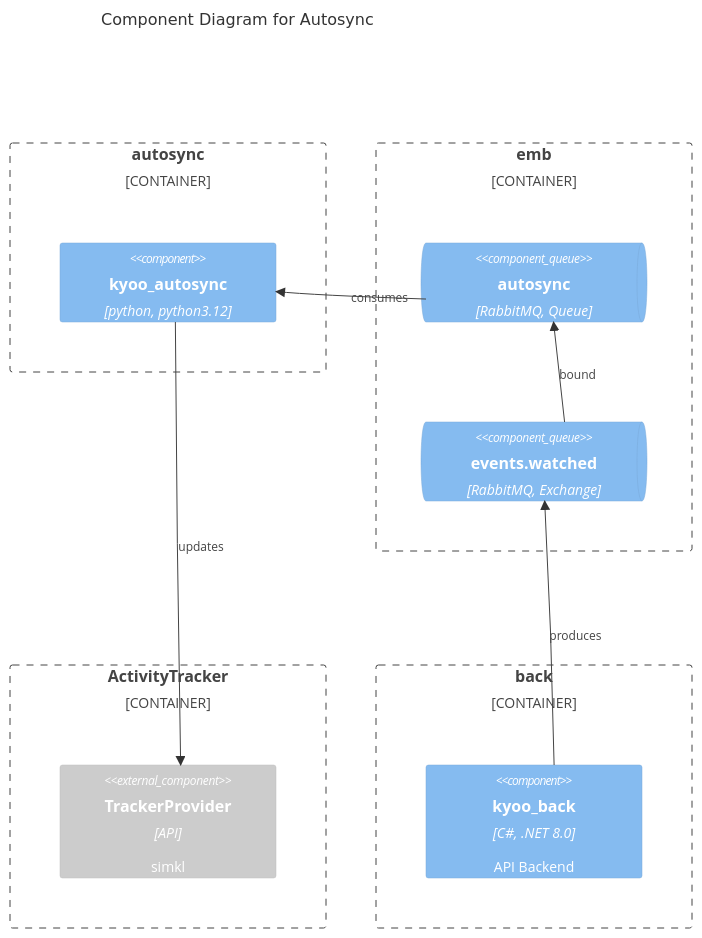
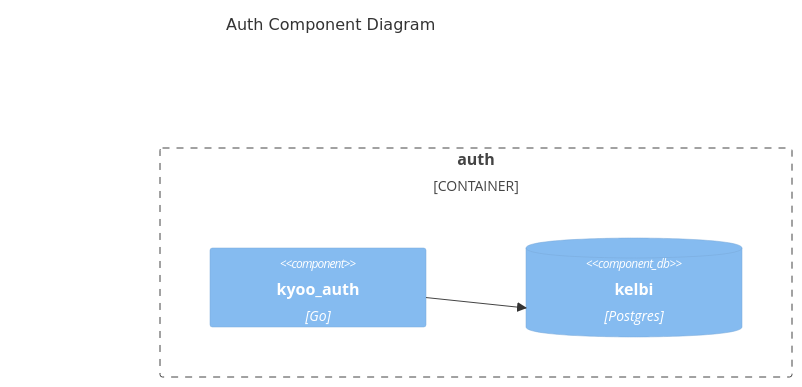
The fourth of 8 diagrams in DIAGRAMS.md (zoriya/Kyoo), drawn with Mermaid before and after one commit. The commit also changed other lines of this file, not shown here.

Commit message:
update diagrams for v5

````diff
--- a/DIAGRAMS.md
+++ b/DIAGRAMS.md
@@ -131,26 +126,12 @@
 ```mermaid
 C4Component
-  UpdateLayoutConfig($c4ShapeInRow="4", $c4BoundaryInRow="2")
+  UpdateLayoutConfig($c4ShapeInRow="5", $c4BoundaryInRow="2")
   
-  title Component Diagram for Autosync
-  
-  Container_Boundary(autosync, "autosync") {
-    Component(autosync_c1, "kyoo_autosync", "python, python3.12", "")
+  title Auth Component Diagram
+
+  Container_Boundary(auth, "auth") {
+    Component(auth_c1, "kyoo_auth", "Go", "")
+    ComponentDb(auth_db1, "kelbi", "Postgres", "")
   }
-  Container_Boundary(emb, "emb") {
-    ComponentQueue(emb_q1, "autosync", "RabbitMQ, Queue", "")
-    ComponentQueue(emb_e1, "events.watched", "RabbitMQ, Exchange", "")
-    
-  }
-  Container_Boundary(tracker, "ActivityTracker") {
-    Component_Ext(tracker_c1, "TrackerProvider", "API", "simkl")
-  }
-  Container_Boundary(backend, "back") {
-    Component(backend_c2, "kyoo_back", "C#, .NET 8.0", "API Backend")
-  }
-
-  Rel(emb_e1, emb_q1, "bound")
-  Rel_Back(autosync_c1, emb_q1, "consumes")
-  Rel(backend_c2, emb_e1, "produces")
-  Rel(autosync_c1, tracker_c1, "updates")
+  Rel(auth_c1, auth_db1, "")
 ```
````
